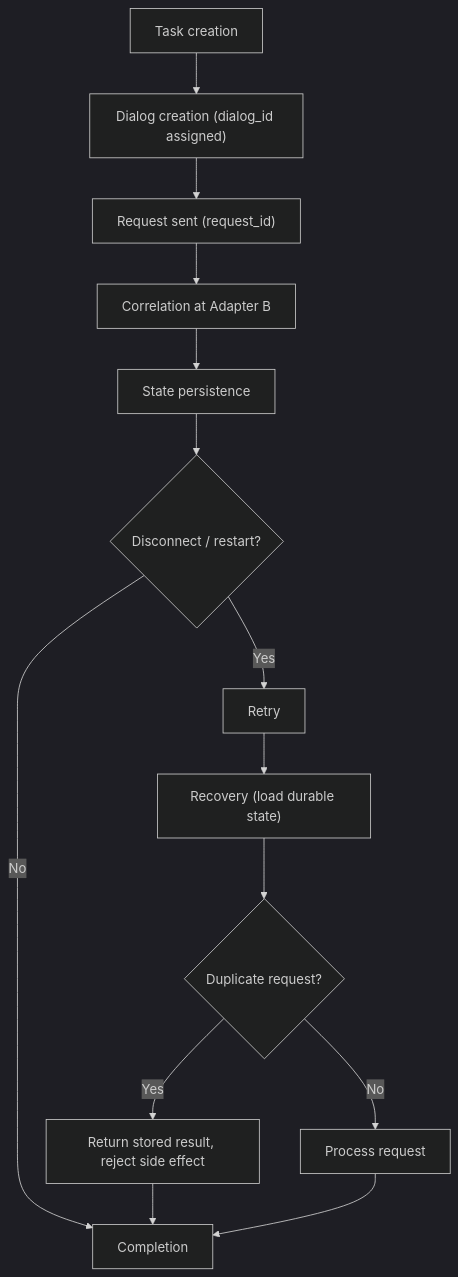
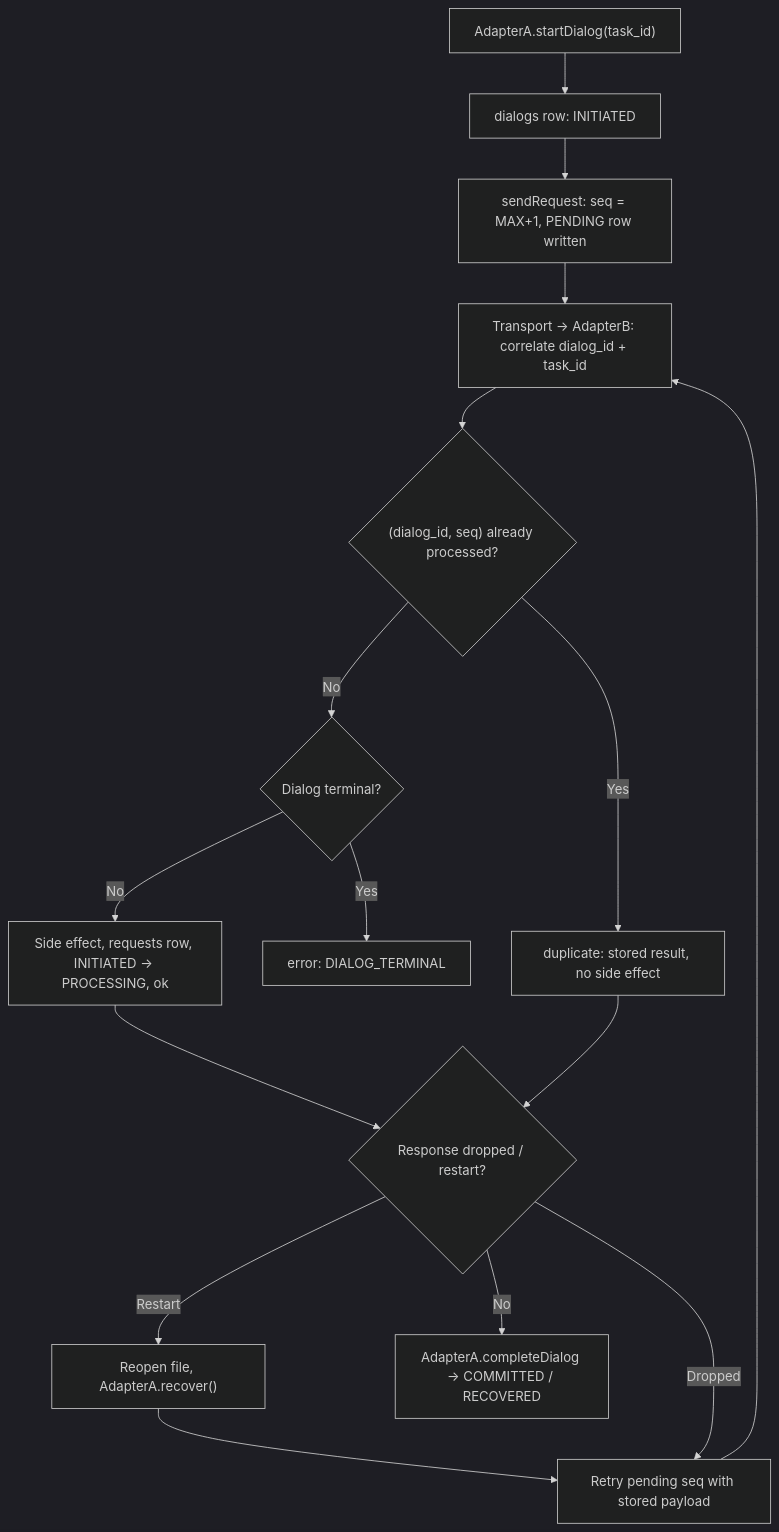
Before and after one commit to anuragyy403/A3-PS021-TC405: the fourth of 4 diagrams in README.md, drawn with Mermaid (dark theme). The commit also changed other lines of this file and 12 other files, not shown here.

Commit message:
docs: Phase 4 — align README/KIRO with implementation, add experimental schema

````diff
--- a/README.md
+++ b/README.md
@@ -595,16 +626,18 @@
 ```mermaid
 flowchart TD
-    A["Task creation"] --> B["Dialog creation (dialog_id assigned)"]
-    B --> C["Request sent (request_id)"]
-    C --> D["Correlation at Adapter B"]
-    D --> E["State persistence"]
-    E --> F{"Disconnect / restart?"}
-    F -- "No" --> K["Completion"]
-    F -- "Yes" --> G["Retry"]
-    G --> H["Recovery (load durable state)"]
-    H --> I{"Duplicate request?"}
-    I -- "Yes" --> J["Return stored result, reject side effect"]
-    I -- "No" --> L["Process request"]
-    J --> K
-    L --> K
+    A["AdapterA.startDialog(task_id)"] --> B["dialogs row: INITIATED"]
+    B --> C["sendRequest: seq = MAX+1, PENDING row written"]
+    C --> D["Transport → AdapterB: correlate dialog_id + task_id"]
+    D --> E{"(dialog_id, seq) already processed?"}
+    E -- "Yes" --> J["duplicate: stored result, no side effect"]
+    E -- "No" --> T{"Dialog terminal?"}
+    T -- "Yes" --> X["error: DIALOG_TERMINAL"]
+    T -- "No" --> L["Side effect, requests row, INITIATED → PROCESSING, ok"]
+    L --> F{"Response dropped / restart?"}
+    J --> F
+    F -- "Restart" --> R["Reopen file, AdapterA.recover()"]
+    R --> G["Retry pending seq with stored payload"]
+    F -- "Dropped" --> G
+    G --> D
+    F -- "No" --> K["AdapterA.completeDialog → COMMITTED / RECOVERED"]
 ```
````
